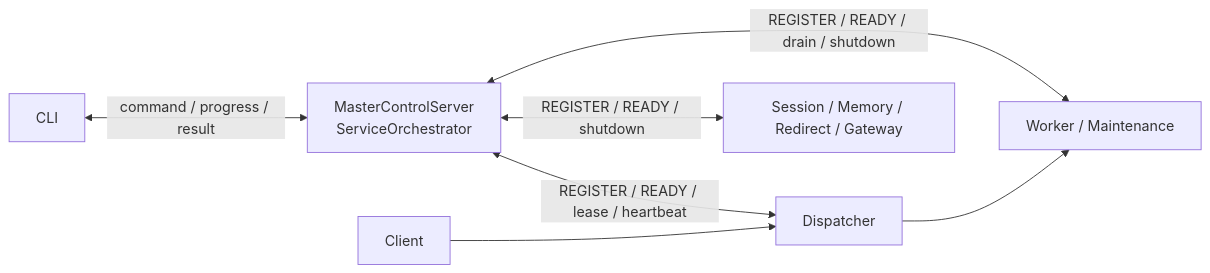
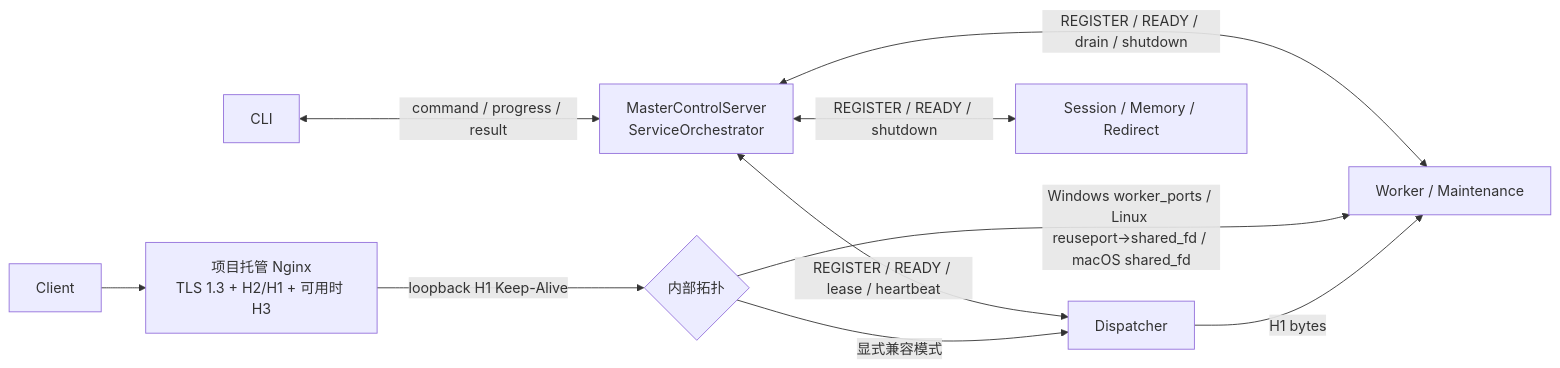
Before and after one commit to Aiweline/WelineFramework: the first of 3 diagrams in app/code/Weline/Server/doc/IPC控制通道架构.md, drawn with Mermaid. The commit also changed other lines of this file and 243 other files, not shown here.

````diff
--- a/app/code/Weline/Server/doc/IPC控制通道架构.md
+++ b/app/code/Weline/Server/doc/IPC控制通道架构.md
@@ -19,9 +11,12 @@
 ```mermaid
 flowchart LR
   CLI["CLI"] <-->|"command / progress / result"| MASTER["MasterControlServer\nServiceOrchestrator"]
   MASTER <-->|"REGISTER / READY / lease / heartbeat"| DISP["Dispatcher"]
   MASTER <-->|"REGISTER / READY / drain / shutdown"| WORKER["Worker / Maintenance"]
-  MASTER <-->|"REGISTER / READY / shutdown"| SIDE["Session / Memory / Redirect / Gateway"]
-  CLIENT["Client"] --> DISP
-  DISP --> WORKER
+  MASTER <-->|"REGISTER / READY / shutdown"| SIDE["Session / Memory / Redirect"]
+  CLIENT["Client"] --> NGINX["项目托管 Nginx\nTLS 1.3 + H2/H1 + 可用时 H3"]
+  NGINX -->|"loopback H1 Keep-Alive"| ROUTE{"内部拓扑"}
+  ROUTE -->|"显式兼容模式"| DISP
+  ROUTE -->|"Windows worker_ports / Linux reuseport→shared_fd / macOS shared_fd"| WORKER
+  DISP -->|"H1 bytes"| WORKER
 ```
````
